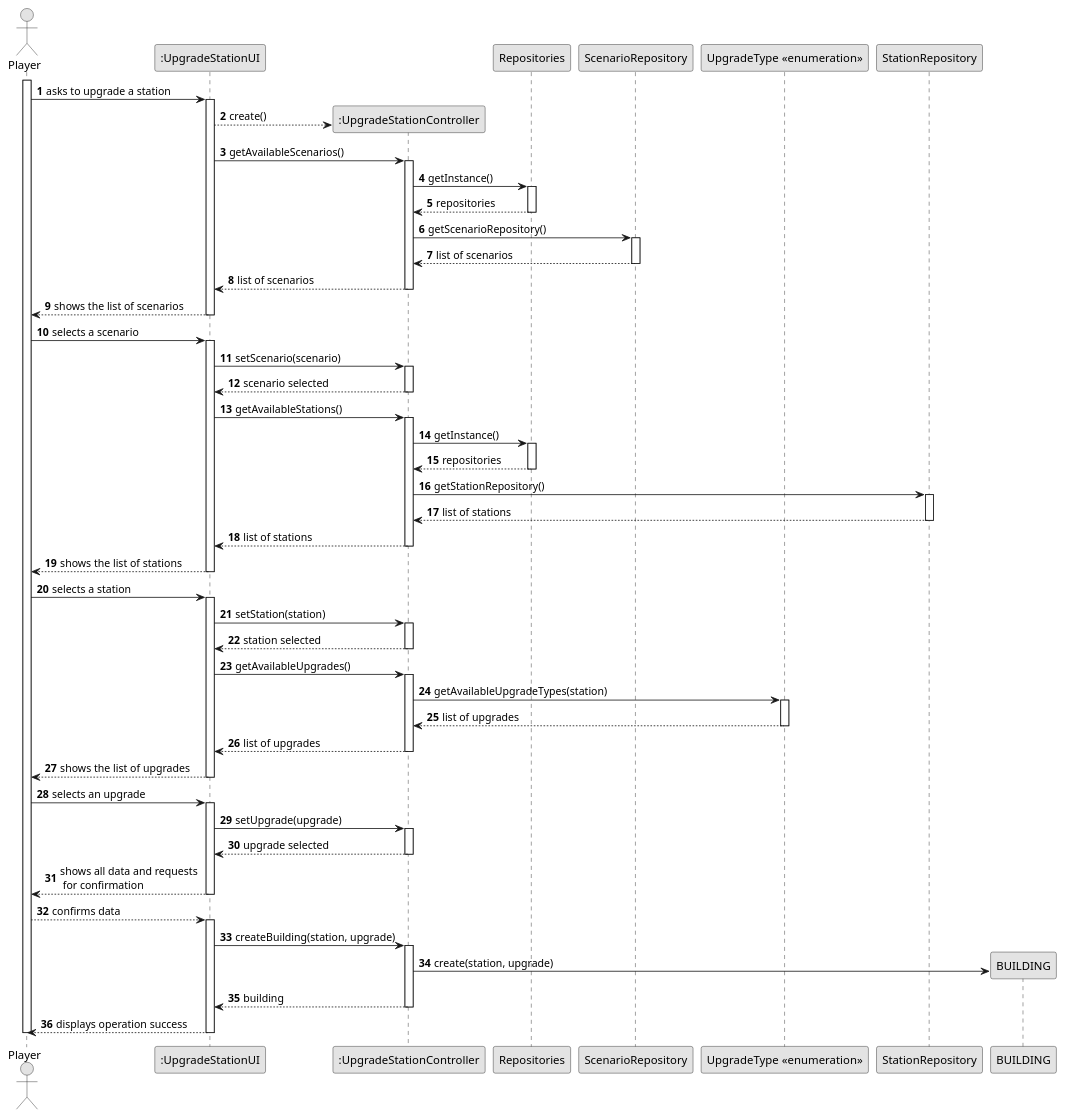
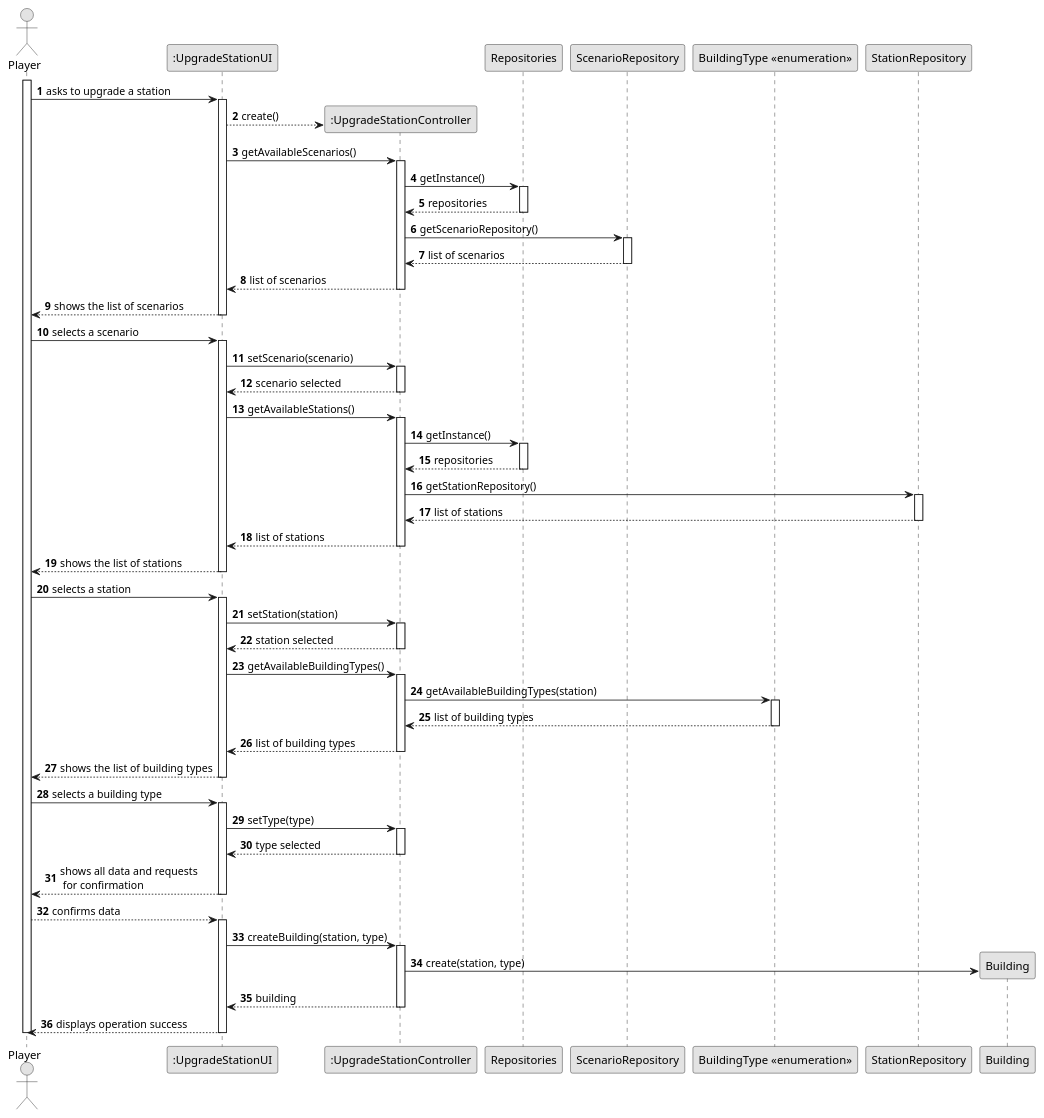
Before and after one commit to 1240935/pi2-railway-simulator: the diagram in Sprint2/US006/03.design/puml/US006-SD-full.puml, drawn with PlantUML. The commit also changed 4 other files, not shown here.

```diff
--- a/Sprint2/US006/03.design/puml/US006-SD-full.puml
+++ b/Sprint2/US006/03.design/puml/US006-SD-full.puml
@@ -1,133 +1,134 @@
 @startuml
 skinparam monochrome true
 skinparam packageStyle rectangle
 skinparam shadowing false
 
 autonumber
 
  actor "Player" as PLAYER
     participant ":UpgradeStationUI" as UI
     participant ":UpgradeStationController" as CTRL
     participant "Repositories" as REPOS
     participant "ScenarioRepository" as SREPOS
-    participant "UpgradeType <<enumeration>>" as UTYPE
+    participant "BuildingType <<enumeration>>" as BTYPE
     participant "StationRepository" as STREPOS
+    participant "Building" as BUILDING
 
     activate PLAYER
 
     PLAYER -> UI : asks to upgrade a station
     activate UI
 
     UI --> CTRL** : create()
 
     UI -> CTRL : getAvailableScenarios()
     activate CTRL
 
     CTRL -> REPOS : getInstance()
     activate REPOS
 
     REPOS --> CTRL: repositories
 
     deactivate REPOS
 
     CTRL -> SREPOS : getScenarioRepository()
     activate SREPOS
 
     SREPOS --> CTRL : list of scenarios
 
     deactivate SREPOS
     CTRL --> UI : list of scenarios
     deactivate CTRL
 
     UI --> PLAYER : shows the list of scenarios
     deactivate UI
 
     PLAYER -> UI : selects a scenario
     activate UI
 
     UI -> CTRL :setScenario(scenario)
 
     activate CTRL
 
     CTRL --> UI : scenario selected
 
     deactivate CTRL
 
 
         UI -> CTRL : getAvailableStations()
         activate CTRL
 
         CTRL -> REPOS : getInstance()
         activate REPOS
 
         REPOS --> CTRL: repositories
 
         deactivate REPOS
 
         CTRL -> STREPOS : getStationRepository()
         activate STREPOS
 
         STREPOS --> CTRL : list of stations
 
         deactivate STREPOS
         CTRL --> UI : list of stations
         deactivate CTRL
 
         UI --> PLAYER : shows the list of stations
         deactivate UI
 
         PLAYER -> UI : selects a station
         activate UI
 
         UI -> CTRL :setStation(station)
 
         activate CTRL
 
         CTRL --> UI : station selected
 
         deactivate CTRL
 
-        UI -> CTRL : getAvailableUpgrades()
+        UI -> CTRL : getAvailableBuildingTypes()
                 activate CTRL
 
-                CTRL -> UTYPE : getAvailableUpgradeTypes(station)
-                activate UTYPE
+                CTRL -> BTYPE : getAvailableBuildingTypes(station)
+                activate BTYPE
 
-                UTYPE --> CTRL : list of upgrades
+                BTYPE --> CTRL : list of building types
 
-                deactivate UTYPE
-                CTRL --> UI : list of upgrades
+                deactivate BTYPE
+                CTRL --> UI : list of building types
                 deactivate CTRL
 
-                UI --> PLAYER : shows the list of upgrades
+                UI --> PLAYER : shows the list of building types
                 deactivate UI
 
-                PLAYER -> UI : selects an upgrade
+                PLAYER -> UI : selects a building type
                 activate UI
 
-                UI -> CTRL :setUpgrade(upgrade)
+                UI -> CTRL :setType(type)
 
                 activate CTRL
 
-                CTRL --> UI : upgrade selected
+                CTRL --> UI : type selected
 
                 deactivate CTRL
 
     UI --> PLAYER: shows all data and requests \n for confirmation
     deactivate  UI
 
     PLAYER --> UI: confirms data
     activate UI
 
-    UI -> CTRL : createBuilding(station, upgrade)
+    UI -> CTRL : createBuilding(station, type)
     activate CTRL
 
-    CTRL -> BUILDING** : create(station, upgrade)
+    CTRL -> BUILDING** : create(station, type)
 
     CTRL --> UI : building
     deactivate CTRL
 
     UI --> PLAYER : displays operation success
     deactivate UI
     deactivate PLAYER
 @enduml
```
